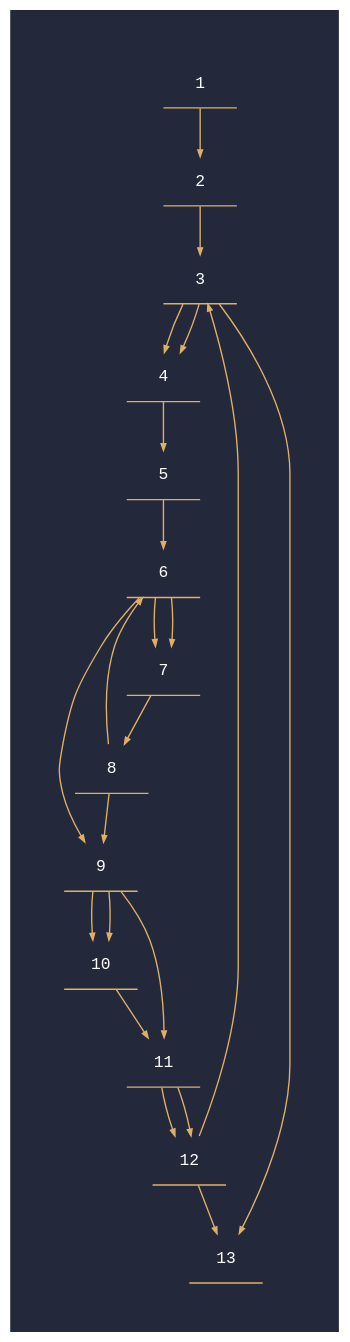
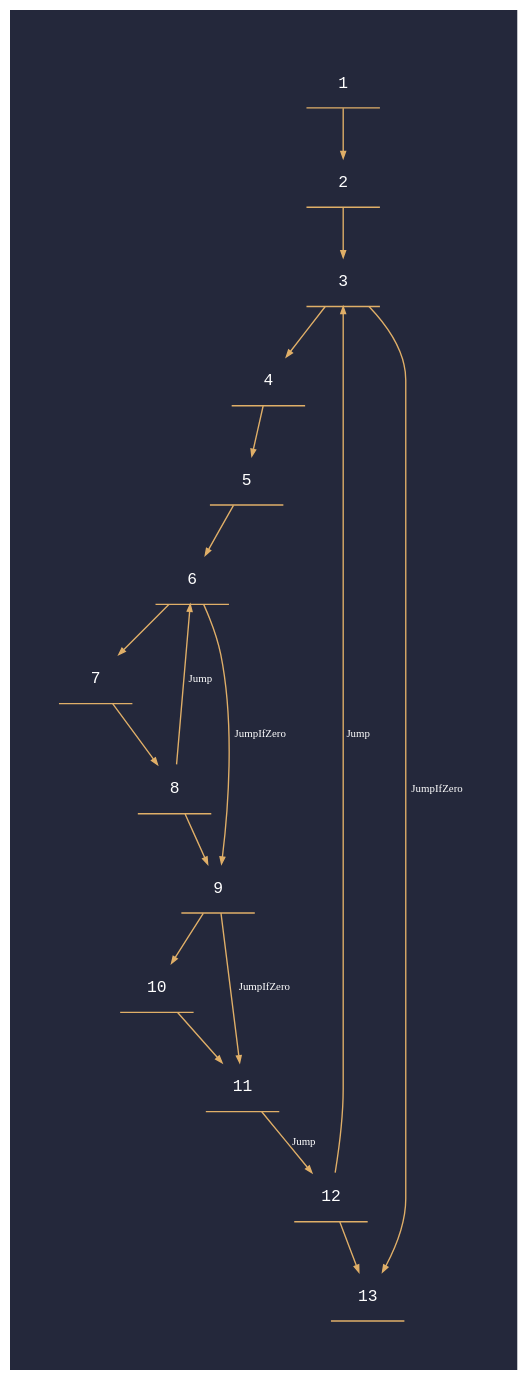
Before and after one commit to jorgeypcb/ImpCodeGenerator: the diagram in programs/dot-files/collatz.cfg.dot, drawn with Graphviz. The commit also changed 6 other files, not shown here.

```diff
--- a/programs/dot-files/collatz.cfg.dot
+++ b/programs/dot-files/collatz.cfg.dot
@@ -1,38 +1,34 @@
 digraph "collatz.cfg" {
 	graph [bgcolor="#24283B" pad=0.5]
 	node [color="#E0AF68" fontcolor="#ffffff" fontname="Hack, monospace" fontsize=12 shape=underline]
 	edge [arrowsize=0.5 color="#E0AF68" fontcolor="#ffffff" fontsize=8]
 	1
 	2
 	3
 	4
 	5
 	6
 	7
 	8
 	9
 	10
 	11
 	12
 	1 -> 2 [label=""]
 	2 -> 3 [label=""]
 	3 -> 4 [label=""]
-	3 -> 13 [label=""]
-	3 -> 4 [label=""]
+	3 -> 13 [label=JumpIfZero]
 	4 -> 5 [label=""]
 	5 -> 6 [label=""]
 	6 -> 7 [label=""]
-	6 -> 9 [label=""]
-	6 -> 7 [label=""]
+	6 -> 9 [label=JumpIfZero]
 	7 -> 8 [label=""]
-	8 -> 6 [label=""]
+	8 -> 6 [label=Jump]
 	8 -> 9 [label=""]
 	9 -> 10 [label=""]
-	9 -> 11 [label=""]
-	9 -> 10 [label=""]
+	9 -> 11 [label=JumpIfZero]
 	10 -> 11 [label=""]
-	11 -> 12 [label=""]
-	11 -> 12 [label=""]
-	12 -> 3 [label=""]
+	11 -> 12 [label=Jump]
+	12 -> 3 [label=Jump]
 	12 -> 13 [label=""]
 }
```
